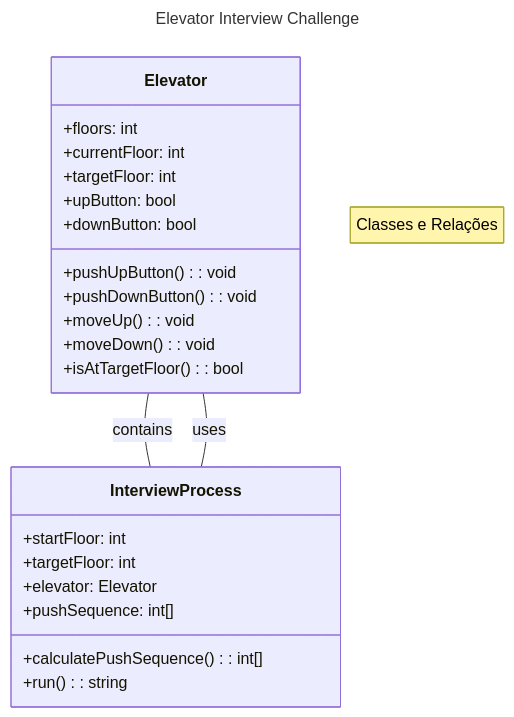
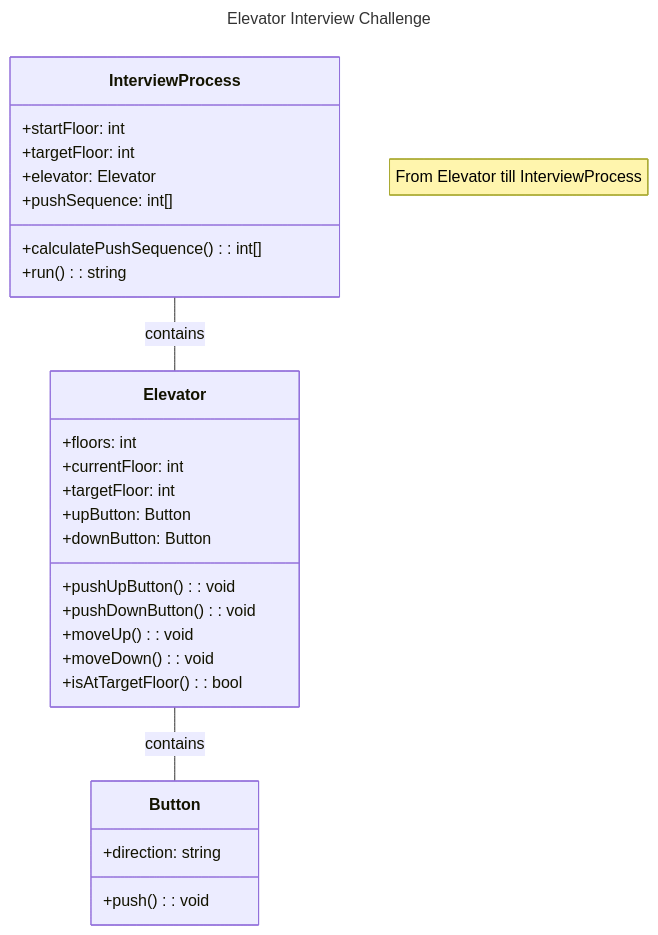
The diagram in README.md (luizmellodev/elevator-trouble-gherkin), drawn with Mermaid before and after one commit.

````diff
--- a/README.md
+++ b/README.md
@@ -26,33 +26,39 @@
 ```mermaid
 ---
 title: Elevator Interview Challenge
 ---
+classDiagram
+    note "From Elevator till InterviewProcess"
 
-classDiagram
-    note "Classes e Relações"
     class Elevator {
       +floors: int
       +currentFloor: int
       +targetFloor: int
-      +upButton: bool
-      +downButton: bool
+      +upButton: Button
+      +downButton: Button
       +pushUpButton(): void
       +pushDownButton(): void
       +moveUp(): void
       +moveDown(): void
       +isAtTargetFloor(): bool
+    }
+
+    class Button {
+      +direction: string
+      +push(): void
     }
 
     class InterviewProcess {
       +startFloor: int
       +targetFloor: int
       +elevator: Elevator
       +pushSequence: int[]
       +calculatePushSequence(): int[]
       +run(): string
     }
 
-    Elevator -- InterviewProcess : contains
-    InterviewProcess -- Elevator : uses
+    Elevator -- Button : contains
+    InterviewProcess -- Elevator : contains
+
 
 ```
````
